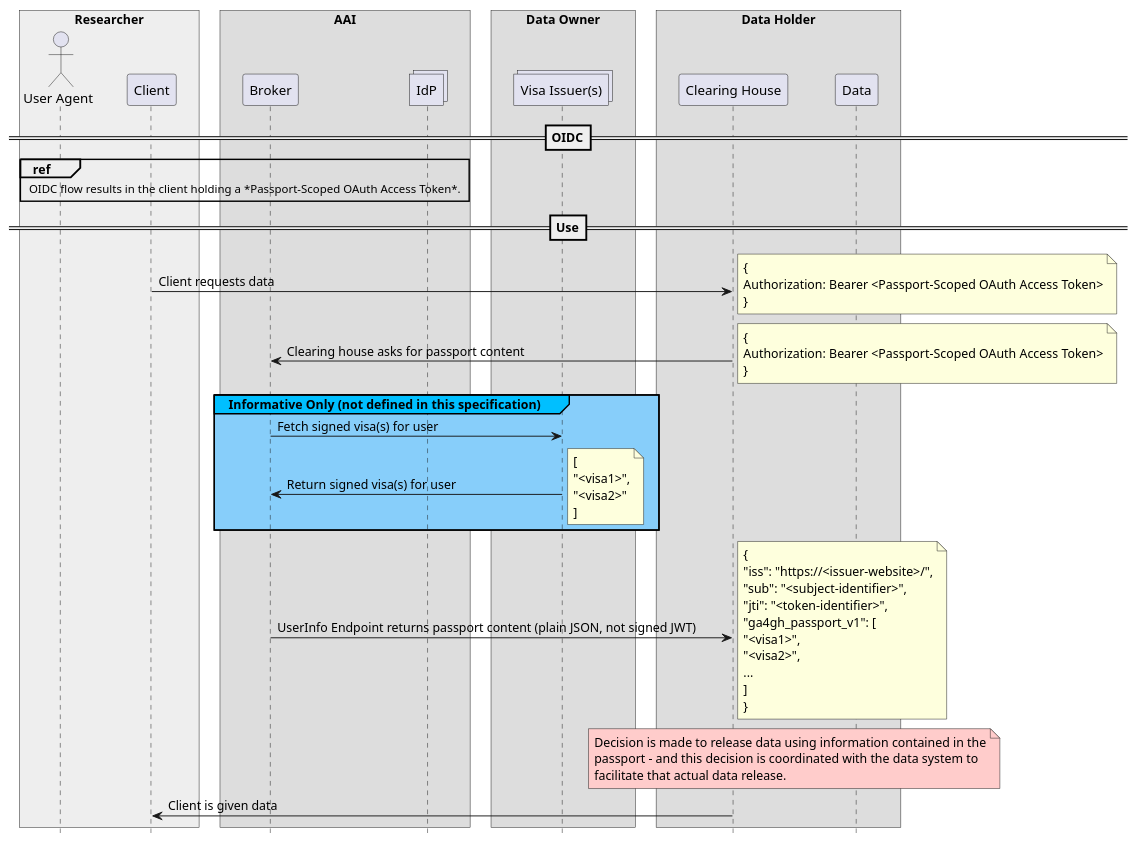
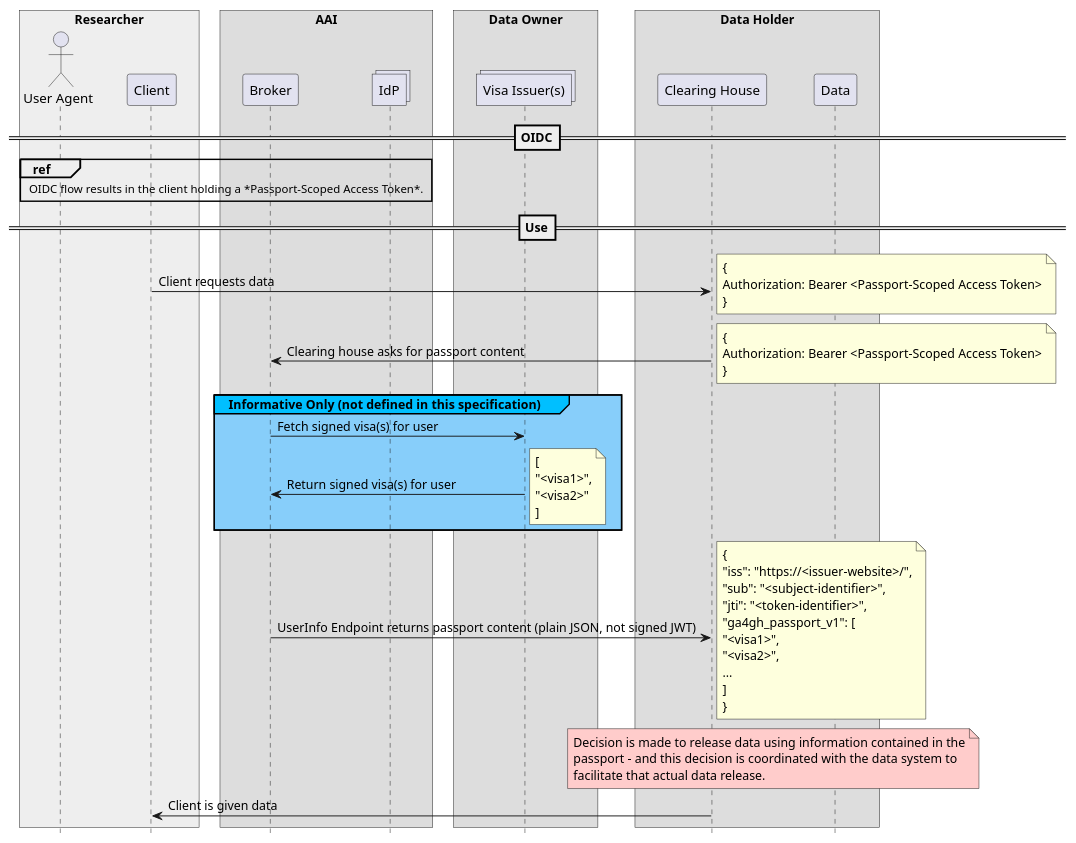
The first of 2 diagrams in AAI/FAQ.md (ga4gh/data-security), drawn with PlantUML before and after one commit. The commit also changed other lines of this file, not shown here.

```diff
--- a/AAI/FAQ.md
+++ b/AAI/FAQ.md
@@ -23,83 +25,83 @@
 {% plantuml %}
 
 hide footbox
 skinparam BoxPadding 10
 skinparam ParticipantPadding 20
 
 box "Researcher"  #eee
 actor       "User Agent"                as user
 participant Client                      as client
 end box
 
 box "AAI"
 participant Broker                      as broker
 collections "IdP"                       as idps
 end box
 
 box "Data Owner"
 collections "Visa Issuer(s)"            as issuers
 end box
 
 box "Data Holder"
 participant "Clearing House"            as clearing
 participant "Data"                      as data
 end box
 
 ==OIDC==
 
 ref over user, client, broker, idps
-OIDC flow results in the client holding a *Passport-Scoped OAuth Access Token*.
+OIDC flow results in the client holding a *Passport-Scoped Access Token*.
 end ref
 
 ==Use==
 
 client -> clearing : Client requests data
 note right
 {
-Authorization: Bearer <Passport-Scoped OAuth Access Token>
+Authorization: Bearer <Passport-Scoped Access Token>
 }
 end note
 
 clearing -> broker : Clearing house asks for passport content
 note right
 {
-Authorization: Bearer <Passport-Scoped OAuth Access Token>
+Authorization: Bearer <Passport-Scoped Access Token>
 }
 end note
 
 group#DeepSkyBlue #LightSkyBlue Informative Only (not defined in this specification)
 broker -> issuers : Fetch signed visa(s) for user
 broker <- issuers : Return signed visa(s) for user
 note right
 [
 "<visa1>",
 "<visa2>"
 ]
 end note
 end
 
 clearing <- broker : UserInfo Endpoint returns passport content (plain JSON, not signed JWT)
 note right
 {
 "iss": "https://<issuer-website>/",
 "sub": "<subject-identifier>",
 "jti": "<token-identifier>",
 "ga4gh_passport_v1": [
 "<visa1>",
 "<visa2>",
 ...
 ]
 }
 end note
 
 
 note over clearing, data  #FFCCCB
 Decision is made to release data using information contained in the
 passport - and this decision is coordinated with the data system to
 facilitate that actual data release.
 end note
 
 client <- clearing : Client is given data
 
 
 {% endplantuml %}
```
